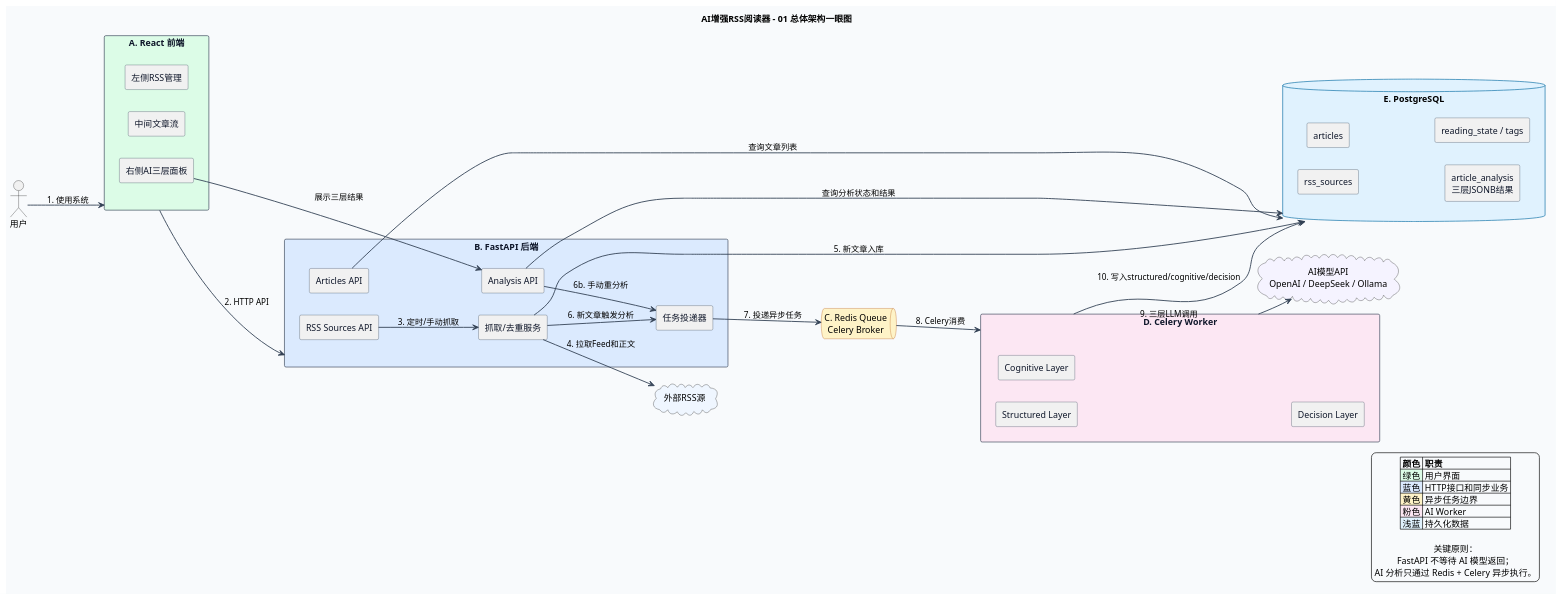
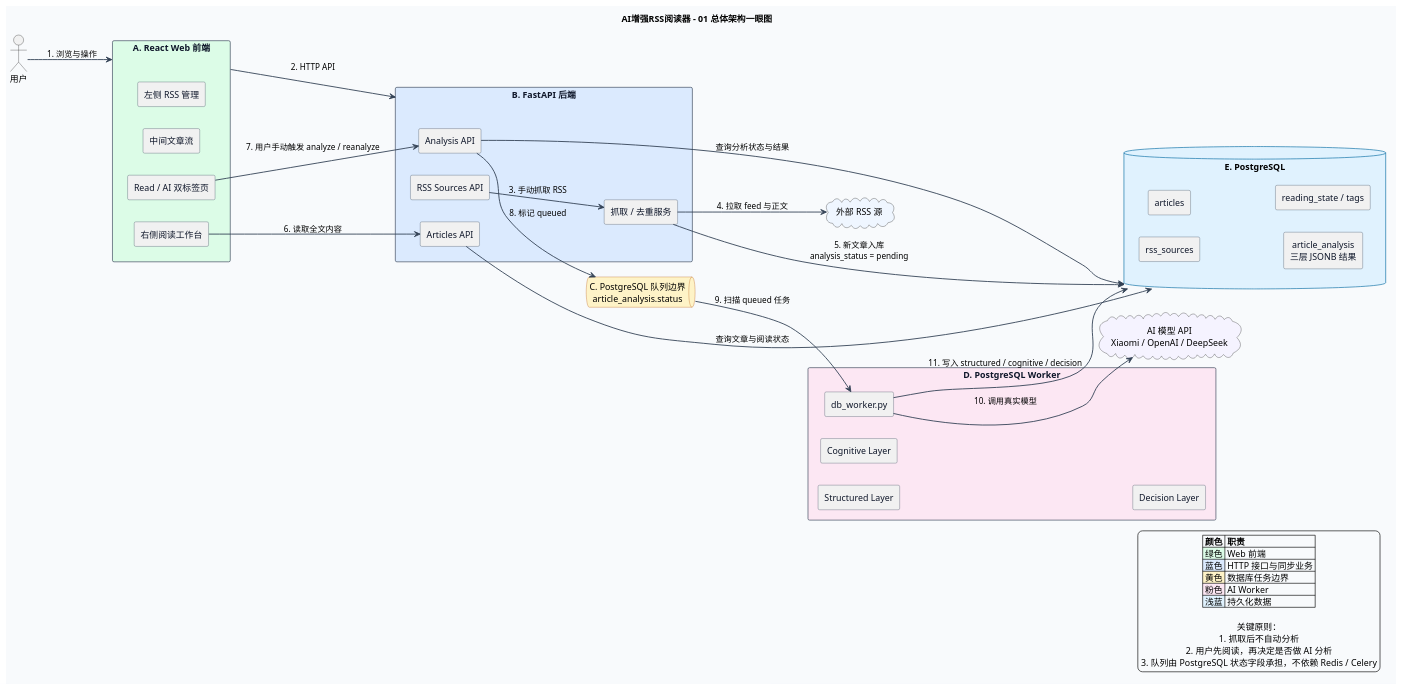
One commit to ltm84532430-max/RSS changed the first of 8 diagrams in RSS项目/系统.puml. Above: the diagram before and after it, drawn with PlantUML. The commit also changed other lines of this file and 2 other files, not shown here.

Commit message:
Update UML for manual analysis flow and fix frontend nested button bug

```diff
--- a/RSS项目/系统.puml
+++ b/RSS项目/系统.puml
@@ -1,84 +1,85 @@
 @startuml AI_RSS_01_Architecture_Overview
 title AI增强RSS阅读器 - 01 总体架构一眼图
 
 left to right direction
 skinparam backgroundColor #F8FAFC
 skinparam shadowing false
 skinparam componentStyle rectangle
 skinparam defaultFontName Microsoft YaHei
 skinparam defaultTextAlignment center
 skinparam ArrowColor #334155
 skinparam ArrowThickness 1.4
 skinparam RectangleBorderColor #334155
 skinparam RectangleFontColor #0F172A
 skinparam ComponentBorderColor #334155
 skinparam ComponentFontColor #0F172A
 skinparam DatabaseBorderColor #0369A1
 skinparam DatabaseBackgroundColor #E0F2FE
 skinparam QueueBorderColor #B45309
 skinparam QueueBackgroundColor #FEF3C7
 skinparam NoteBackgroundColor #FFF7ED
 skinparam NoteBorderColor #F97316
 
 actor "用户" as User
-cloud "外部RSS源" as RSS #EFF6FF
-cloud "AI模型API\nOpenAI / DeepSeek / Ollama" as LLM #F5F3FF
+cloud "外部 RSS 源" as RSS #EFF6FF
+cloud "AI 模型 API\nXiaomi / OpenAI / DeepSeek" as LLM #F5F3FF
 
-rectangle "A. React 前端" as FE #DCFCE7 {
-  component "左侧RSS管理" as FE_Source
+rectangle "A. React Web 前端" as FE #DCFCE7 {
+  component "左侧 RSS 管理" as FE_Source
   component "中间文章流" as FE_Feed
-  component "右侧AI三层面板" as FE_AI
+  component "右侧阅读工作台" as FE_Reader
+  component "Read / AI 双标签页" as FE_Tabs
 }
 
 rectangle "B. FastAPI 后端" as API #DBEAFE {
   component "RSS Sources API" as API_Source
   component "Articles API" as API_Article
   component "Analysis API" as API_Analysis
-  component "抓取/去重服务" as FetchServices
-  component "任务投递器" as Dispatcher
+  component "抓取 / 去重服务" as FetchServices
 }
 
-queue "C. Redis Queue\nCelery Broker" as Redis
+queue "C. PostgreSQL 队列边界\narticle_analysis.status" as QueueBoundary
 
-rectangle "D. Celery Worker" as Worker #FCE7F3 {
+rectangle "D. PostgreSQL Worker" as Worker #FCE7F3 {
+  component "db_worker.py" as DBWorker
   component "Structured Layer" as Structured
   component "Cognitive Layer" as Cognitive
   component "Decision Layer" as Decision
 }
 
 database "E. PostgreSQL" as DB {
   component "rss_sources" as DB_Source
   component "articles" as DB_Article
-  component "article_analysis\n三层JSONB结果" as DB_Analysis
+  component "article_analysis\n三层 JSONB 结果" as DB_Analysis
   component "reading_state / tags" as DB_State
 }
 
-User --> FE : 1. 使用系统
+User --> FE : 1. 浏览与操作
 FE --> API : 2. HTTP API
-API_Source --> FetchServices : 3. 定时/手动抓取
-FetchServices --> RSS : 4. 拉取Feed和正文
-FetchServices --> DB : 5. 新文章入库
-FetchServices --> Dispatcher : 6. 新文章触发分析
-API_Analysis --> Dispatcher : 6b. 手动重分析
-Dispatcher --> Redis : 7. 投递异步任务
-Redis --> Worker : 8. Celery消费
-Worker --> LLM : 9. 三层LLM调用
-Worker --> DB : 10. 写入structured/cognitive/decision
-API_Article --> DB : 查询文章列表
-API_Analysis --> DB : 查询分析状态和结果
-FE_AI --> API_Analysis : 展示三层结果
+API_Source --> FetchServices : 3. 手动抓取 RSS
+FetchServices --> RSS : 4. 拉取 feed 与正文
+FetchServices --> DB : 5. 新文章入库\nanalysis_status = pending
+FE_Reader --> API_Article : 6. 读取全文内容
+FE_Tabs --> API_Analysis : 7. 用户手动触发 analyze / reanalyze
+API_Analysis --> QueueBoundary : 8. 标记 queued
+QueueBoundary --> DBWorker : 9. 扫描 queued 任务
+DBWorker --> LLM : 10. 调用真实模型
+DBWorker --> DB : 11. 写入 structured / cognitive / decision
+API_Article --> DB : 查询文章与阅读状态
+API_Analysis --> DB : 查询分析状态与结果
 
 legend right
 |= 颜色 |= 职责 |
-|<#DCFCE7> 绿色 | 用户界面 |
-|<#DBEAFE> 蓝色 | HTTP接口和同步业务 |
-|<#FEF3C7> 黄色 | 异步任务边界 |
+|<#DCFCE7> 绿色 | Web 前端 |
+|<#DBEAFE> 蓝色 | HTTP 接口与同步业务 |
+|<#FEF3C7> 黄色 | 数据库任务边界 |
 |<#FCE7F3> 粉色 | AI Worker |
 |<#E0F2FE> 浅蓝 | 持久化数据 |
 
 关键原则：
-FastAPI 不等待 AI 模型返回；
-AI 分析只通过 Redis + Celery 异步执行。
+1. 抓取后不自动分析
+2. 用户先阅读，再决定是否做 AI 分析
+3. 队列由 PostgreSQL 状态字段承担，不依赖 Redis / Celery
 endlegend
 
 @enduml
```
